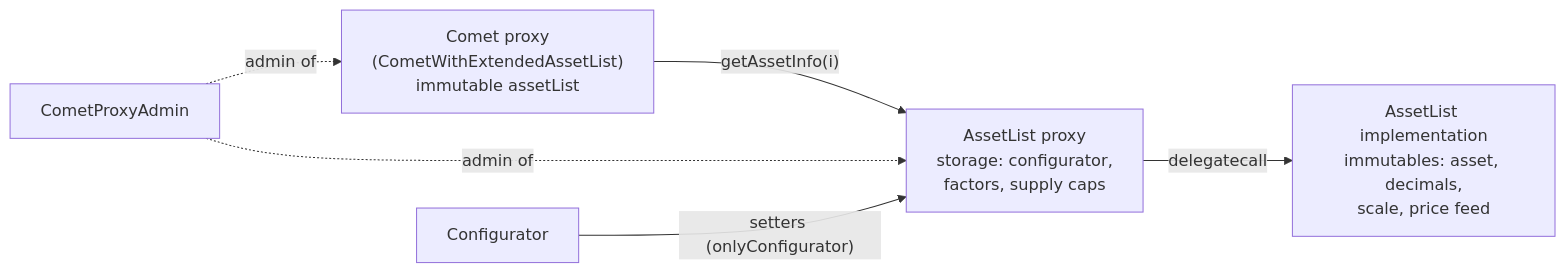
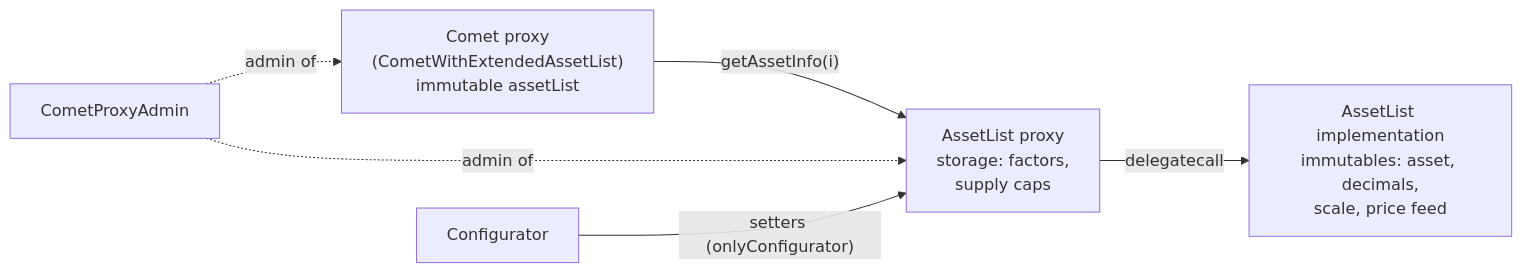
Before and after one commit to woof-software/comet: the first of 2 diagrams in docs/asset-list.md, drawn with Mermaid. The commit also changed other lines of this file and 32 other files, not shown here.

First line of the commit message:
feat: enhance AssetList contract with configurator functionality

````diff
--- a/docs/asset-list.md
+++ b/docs/asset-list.md
@@ -43,8 +43,8 @@
 ```mermaid
 flowchart LR
-    C["Comet proxy<br/>(CometWithExtendedAssetList)<br/>immutable assetList"] -- "getAssetInfo(i)" --> P["AssetList proxy<br/>storage: configurator,<br/>factors, supply caps"]
+    C["Comet proxy<br/>(CometWithExtendedAssetList)<br/>immutable assetList"] -- "getAssetInfo(i)" --> P["AssetList proxy<br/>storage: factors,<br/>supply caps"]
     P -- delegatecall --> I["AssetList implementation<br/>immutables: asset, decimals,<br/>scale, price feed"]
     A["CometProxyAdmin"] -. "admin of" .-> P
     A -. "admin of" .-> C
     CF["Configurator"] -- "setters (onlyConfigurator)" --> P
 ```
````
